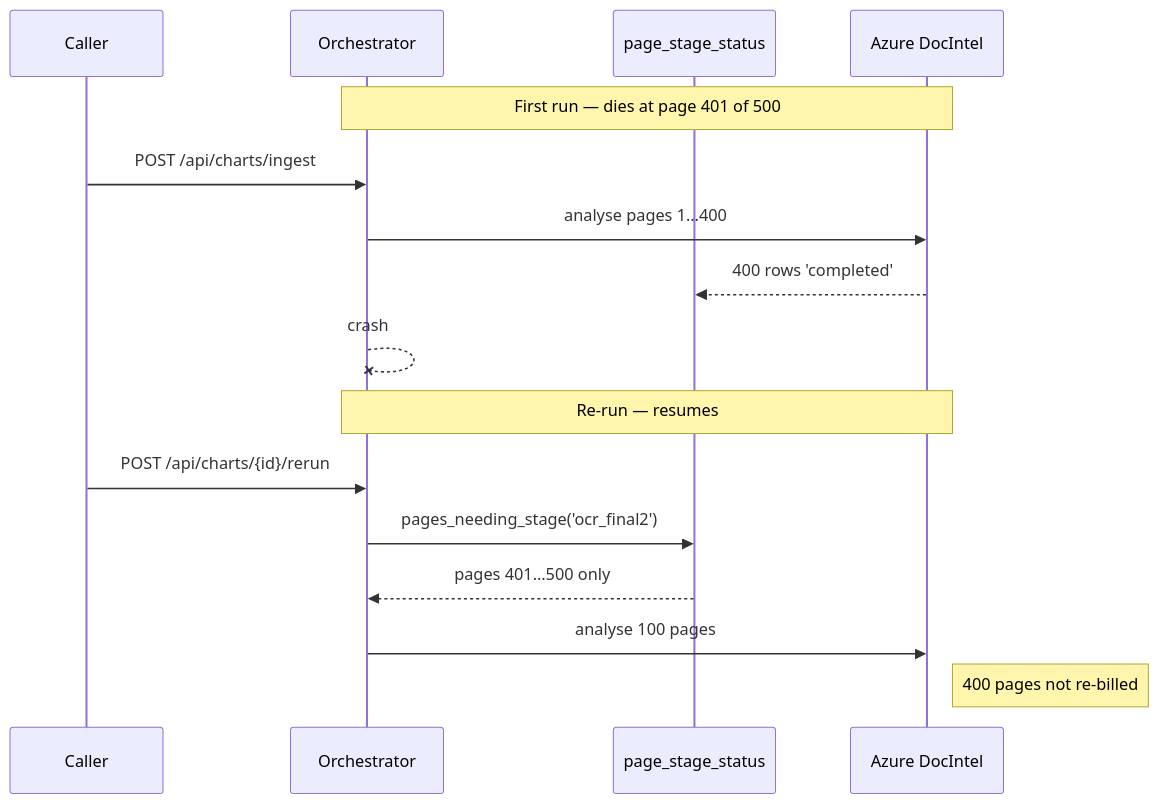
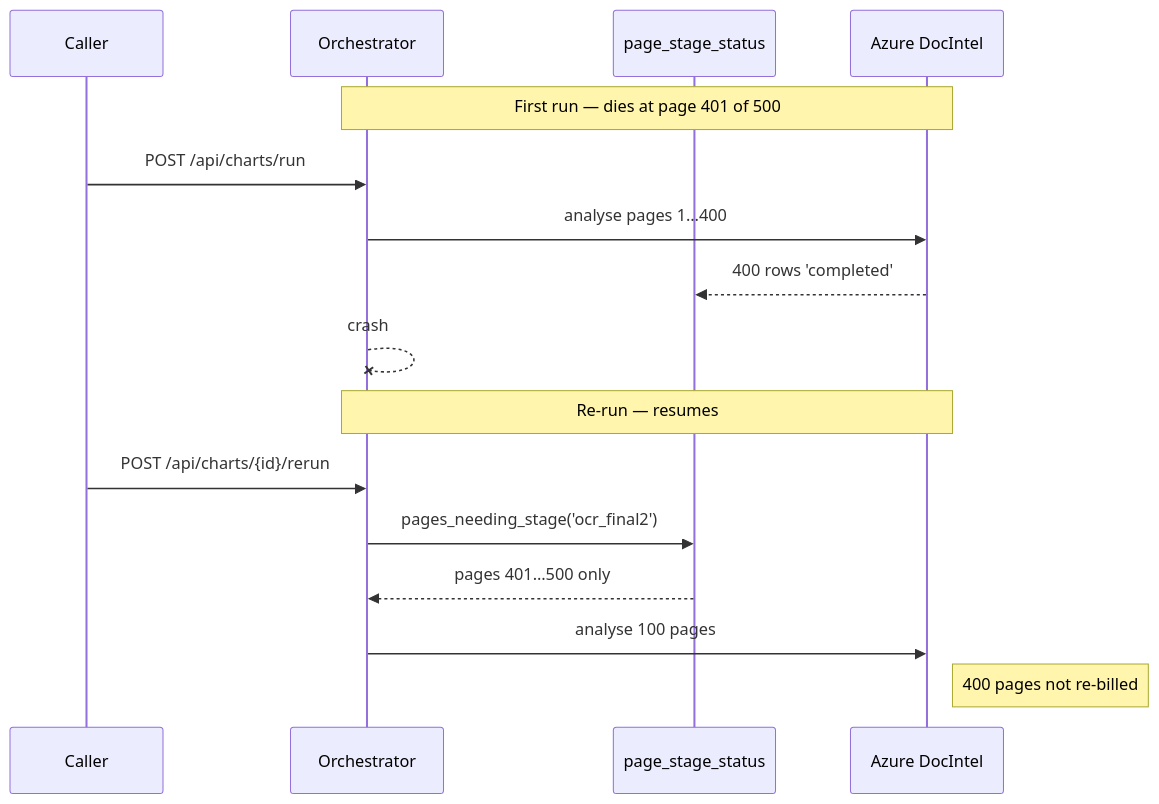
The fifth of 7 diagrams in docs/FLOW.md (abhinavdg-ever/model-repo), drawn with Mermaid before and after one commit. The commit also changed other lines of this file and 11 other files, not shown here.

````diff
--- a/docs/FLOW.md
+++ b/docs/FLOW.md
@@ -160,20 +160,20 @@
 ```mermaid
 sequenceDiagram
   participant C as Caller
   participant O as Orchestrator
   participant DB as page_stage_status
   participant AZ as Azure DocIntel
 
   Note over O,AZ: First run — dies at page 401 of 500
-  C->>O: POST /api/charts/ingest
+  C->>O: POST /api/charts/run
   O->>AZ: analyse pages 1…400
   AZ-->>DB: 400 rows 'completed'
   O--xO: crash
 
   Note over O,AZ: Re-run — resumes
   C->>O: POST /api/charts/{id}/rerun
   O->>DB: pages_needing_stage('ocr_final2')
   DB-->>O: pages 401…500 only
   O->>AZ: analyse 100 pages
   Note right of AZ: 400 pages not re-billed
 ```
````
